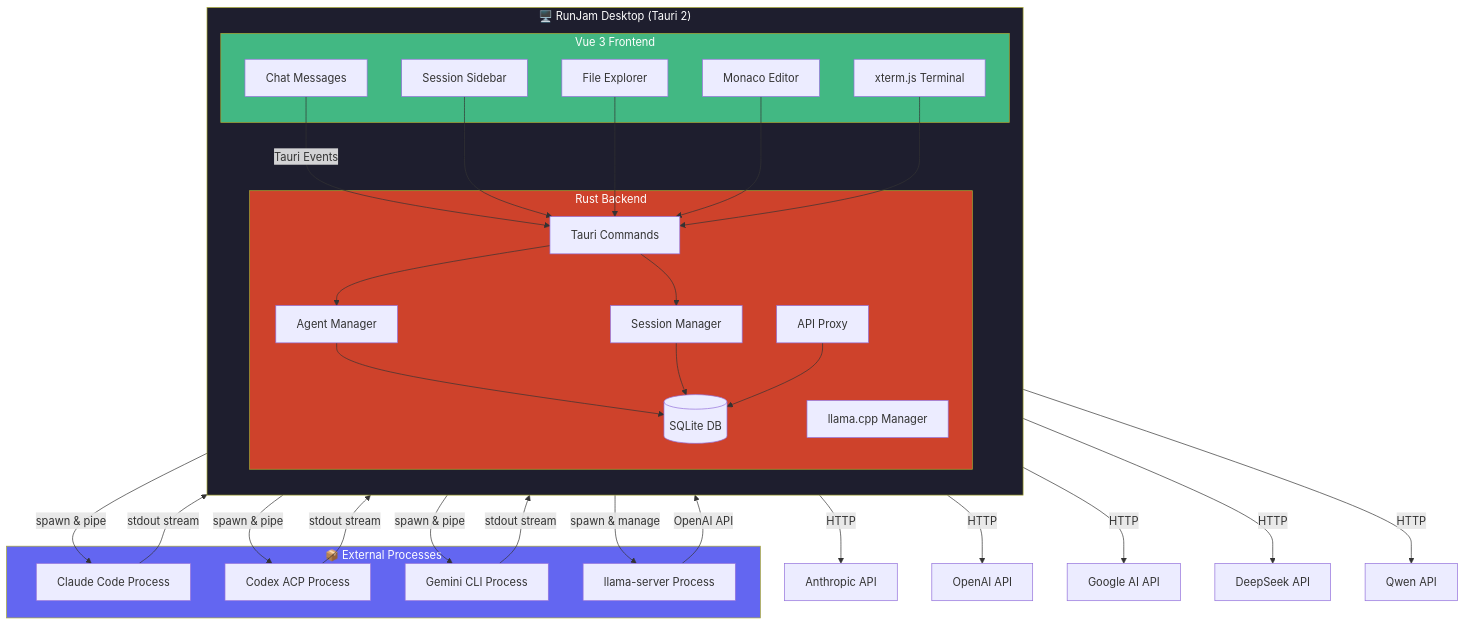
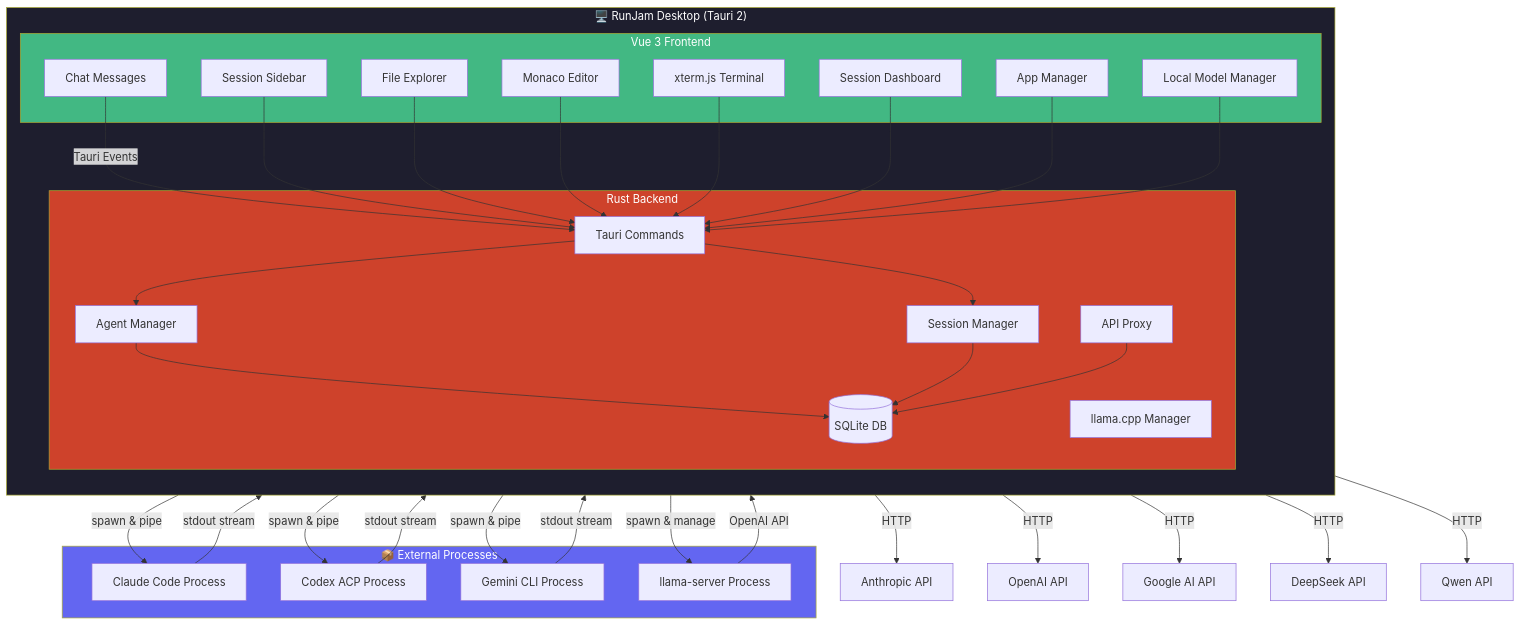
Before and after one commit to peintune/runjam: the second of 2 diagrams in README.md, drawn with Mermaid. The commit also changed other lines of this file and 41 other files, not shown here.

````diff
--- a/README.md
+++ b/README.md
@@ -238,62 +409,68 @@
 ```mermaid
 flowchart TB
     subgraph Desktop["🖥️ RunJam Desktop (Tauri 2)"]
         direction TB
         subgraph Frontend2["Vue 3 Frontend"]
             Chat[Chat Messages]
             Sidebar[Session Sidebar]
             Explorer[File Explorer]
             Editor[Monaco Editor]
             Terminal[xterm.js Terminal]
+            Dash2[Session Dashboard]
+            AppMgr[App Manager]
+            LocalMgr[Local Model Manager]
         end
 
         subgraph RustBackend["Rust Backend"]
             Cmds[Tauri Commands]
             AgentMgr[Agent Manager]
             SessionMgr[Session Manager]
             DB[(SQLite DB)]
             Proxy2[API Proxy]
             LlamaSrv[llama.cpp Manager]
         end
     end
 
     subgraph Processes["📦 External Processes"]
         ClaudeProc[Claude Code Process]
         CodexProc[Codex ACP Process]
         GeminiProc[Gemini CLI Process]
         LlamaProc[llama-server Process]
     end
 
     Chat -->|"Tauri Events"| Cmds
     Sidebar --> Cmds
     Explorer --> Cmds
     Editor --> Cmds
     Terminal --> Cmds
+    Dash2 --> Cmds
+    AppMgr --> Cmds
+    LocalMgr --> Cmds
 
     Cmds --> AgentMgr
     Cmds --> SessionMgr
     AgentMgr --> DB
     SessionMgr --> DB
     Proxy2 --> DB
 
     AgentMgr -->|"spawn & pipe"| ClaudeProc
     AgentMgr -->|"spawn & pipe"| CodexProc
     AgentMgr -->|"spawn & pipe"| GeminiProc
     LlamaSrv -->|"spawn & manage"| LlamaProc
 
     ClaudeProc -->|"stdout stream"| Proxy2
     CodexProc -->|"stdout stream"| Proxy2
     GeminiProc -->|"stdout stream"| Proxy2
     LlamaProc -->|"OpenAI API"| Proxy2
 
     Proxy2 -->|"HTTP"| AnthropicAPI[Anthropic API]
     Proxy2 -->|"HTTP"| OpenAIAPI[OpenAI API]
     Proxy2 -->|"HTTP"| GoogleAPI[Google AI API]
     Proxy2 -->|"HTTP"| DeepSeekAPI[DeepSeek API]
     Proxy2 -->|"HTTP"| QwenAPI[Qwen API]
 
     style Desktop fill:#1e1e2e,color:#fff
     style Frontend2 fill:#42b883,color:#fff
     style RustBackend fill:#ce422b,color:#fff
     style Processes fill:#6366f1,color:#fff
 ```
````
